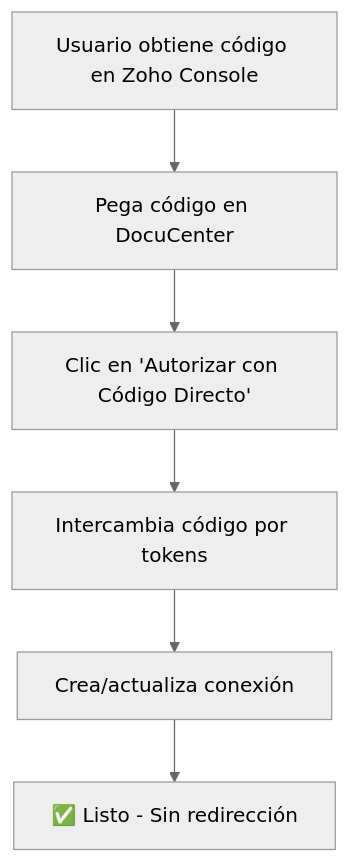
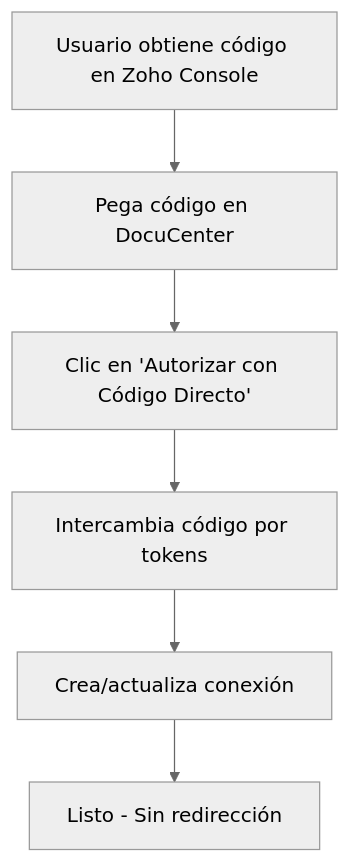
Before and after one commit to aghabrego/docucenter-public: the first of 2 diagrams in docs/technical/zoho-direct-code-implementation.md, drawn with Mermaid (neutral theme). The commit also changed other lines of this file and 1685 other files, not shown here.

````diff
--- a/docs/technical/zoho-direct-code-implementation.md
+++ b/docs/technical/zoho-direct-code-implementation.md
@@ -162,8 +162,8 @@
 ```mermaid
 graph TD
     A[Usuario obtiene código en Zoho Console] --> B[Pega código en DocuCenter]
     B --> C[Clic en 'Autorizar con Código Directo']
     C --> D[Intercambia código por tokens]
     D --> E[Crea/actualiza conexión]
-    E --> F[✅ Listo - Sin redirección]
+    E --> F[Listo - Sin redirección]
 ```
````
